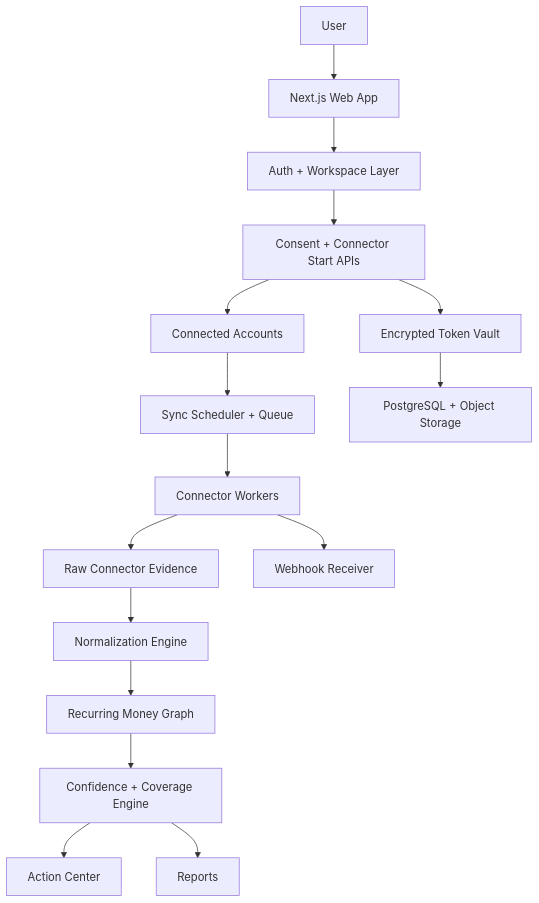
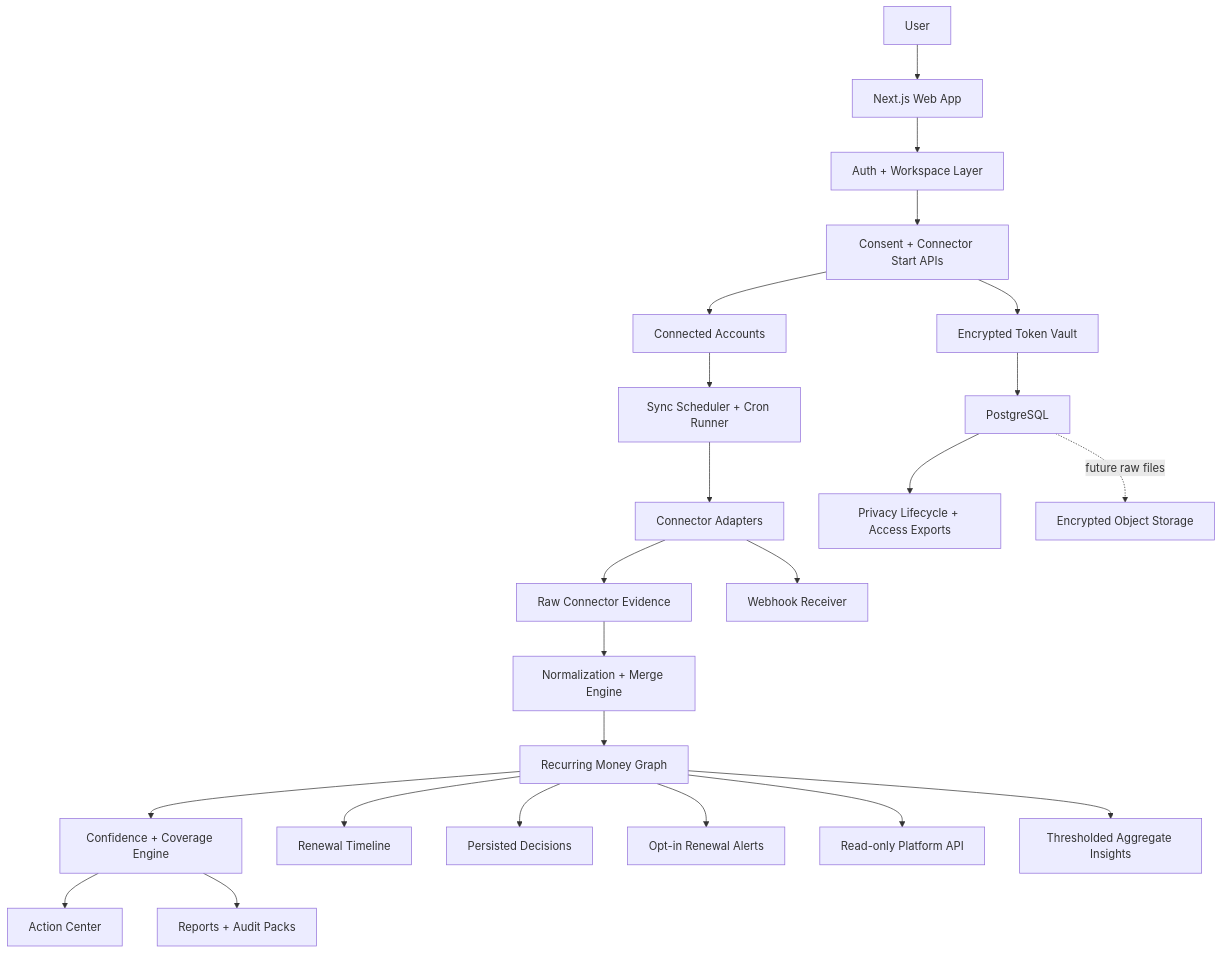
The diagram in docs/product-architecture.md (varunteja0/Vognary), drawn with Mermaid before and after one commit. The commit also changed other lines of this file and 241 other files, not shown here.

First line of the commit message:
Ship control plane, billing, privacy, and platform API for GA

````diff
--- a/docs/product-architecture.md
+++ b/docs/product-architecture.md
@@ -50,18 +171,25 @@
 ```mermaid
 flowchart TD
     A[User] --> B[Next.js Web App]
     B --> C[Auth + Workspace Layer]
     C --> D[Consent + Connector Start APIs]
     D --> E[Encrypted Token Vault]
     D --> F[Connected Accounts]
-    F --> G[Sync Scheduler + Queue]
-    G --> H[Connector Workers]
+    F --> G[Sync Scheduler + Cron Runner]
+    G --> H[Connector Adapters]
     H --> I[Raw Connector Evidence]
-    I --> J[Normalization Engine]
+    I --> J[Normalization + Merge Engine]
     J --> K[Recurring Money Graph]
     K --> L[Confidence + Coverage Engine]
+    K --> T[Renewal Timeline]
+    K --> U[Persisted Decisions]
+    K --> V[Opt-in Renewal Alerts]
+    K --> W[Read-only Platform API]
+    K --> X[Thresholded Aggregate Insights]
     L --> M[Action Center]
-    L --> N[Reports]
+    L --> N[Reports + Audit Packs]
     H --> O[Webhook Receiver]
-    E --> P[PostgreSQL + Object Storage]
+    E --> P[PostgreSQL]
+    P --> Q[Privacy Lifecycle + Access Exports]
+    P -. future raw files .-> R[Encrypted Object Storage]
 ```
````
